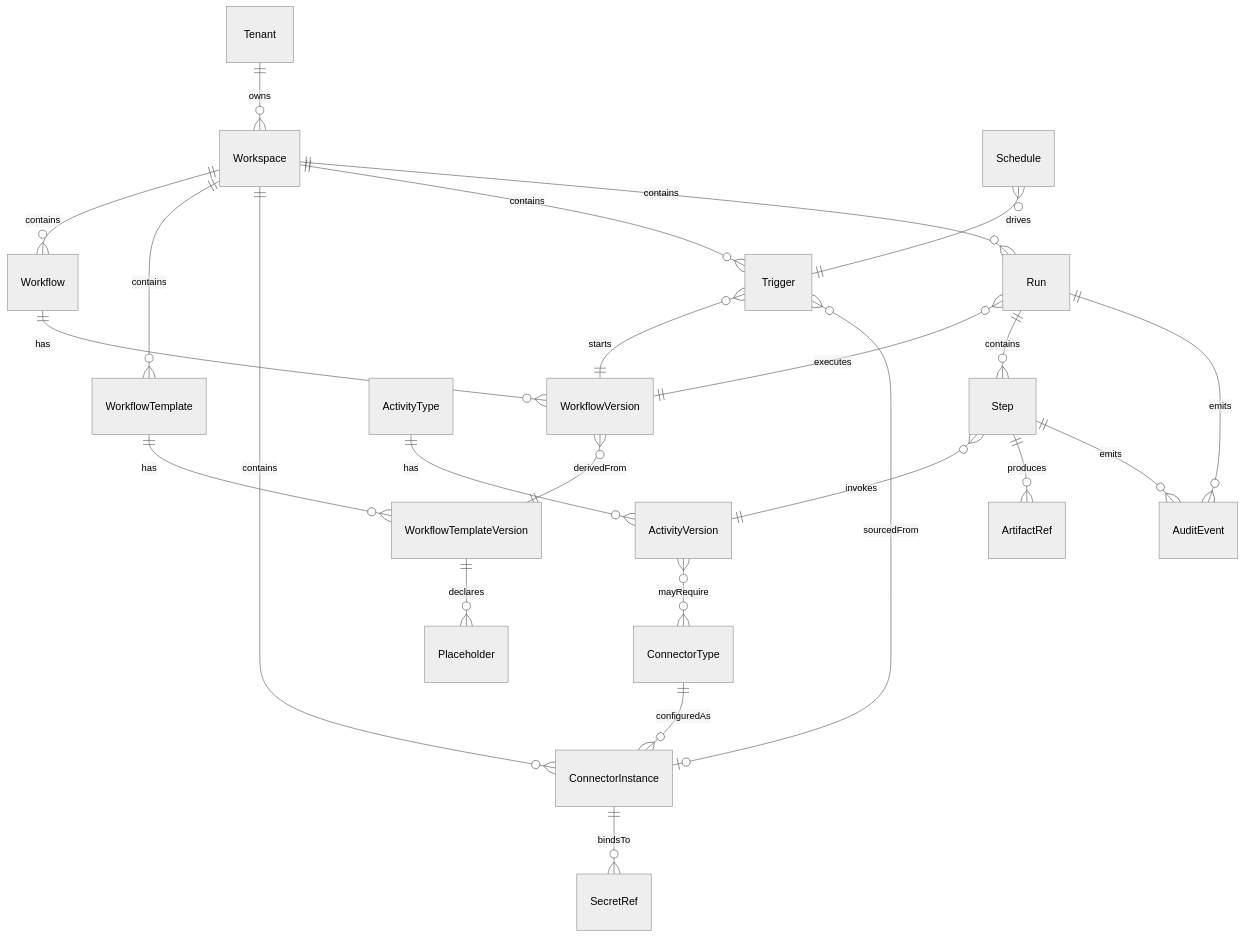
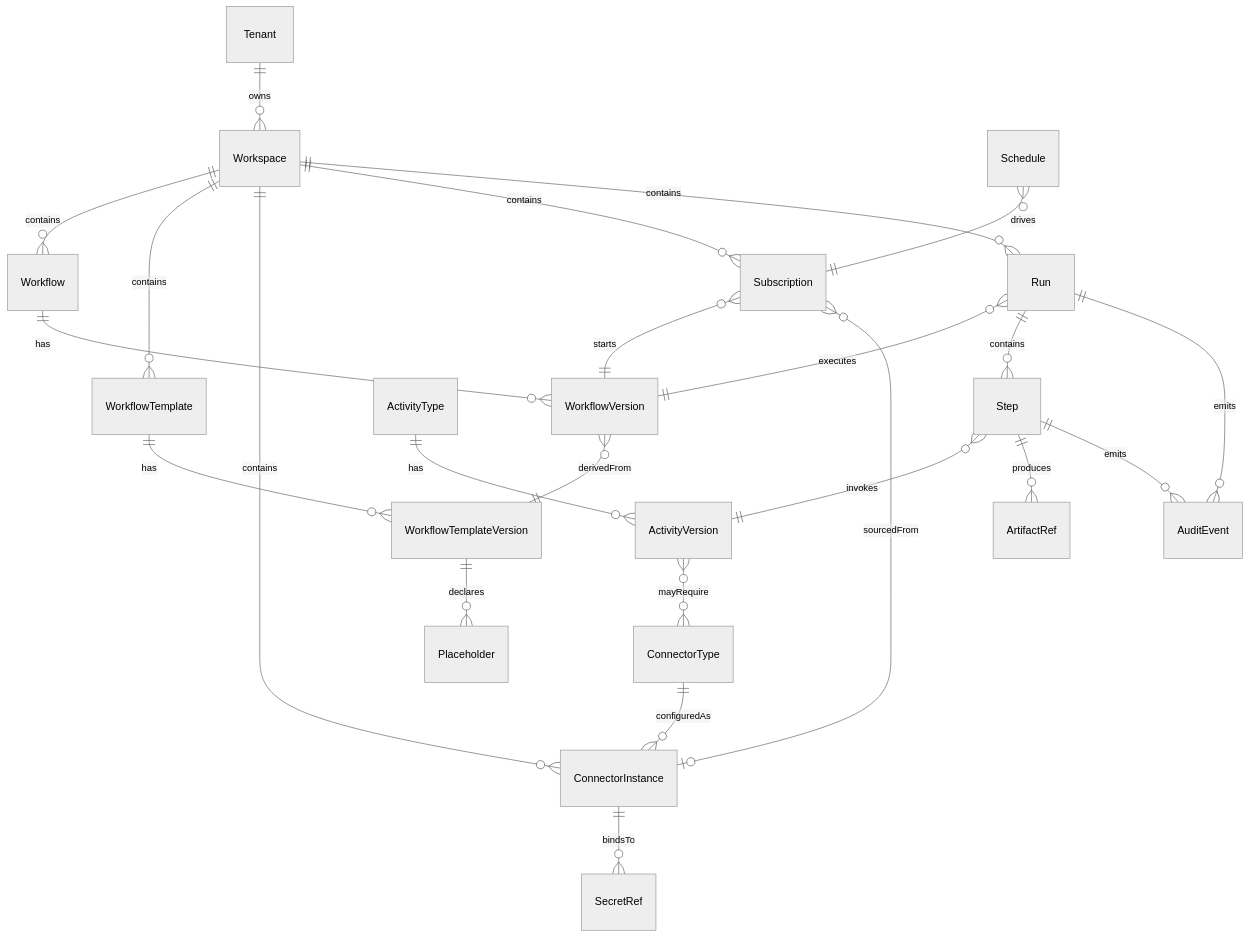
Before and after one commit to toddysm/custos: the second of 10 diagrams in design/architecture/overview.md, drawn with Mermaid (neutral theme). The commit also changed other lines of this file and 3 other files, not shown here.

First line of the commit message:
design(trigger-service+architecture): fix Bucket E doc drift (#86, #88)

````diff
--- a/design/architecture/overview.md
+++ b/design/architecture/overview.md
@@ -42,31 +42,31 @@
 ```mermaid
 erDiagram
     Tenant ||--o{ Workspace : owns
     Workspace ||--o{ Workflow : contains
     Workspace ||--o{ WorkflowTemplate : contains
     Workspace ||--o{ ConnectorInstance : contains
-    Workspace ||--o{ Trigger : contains
+    Workspace ||--o{ Subscription : contains
     Workspace ||--o{ Run : contains
 
     Workflow ||--o{ WorkflowVersion : has
     WorkflowTemplate ||--o{ WorkflowTemplateVersion : has
     WorkflowTemplateVersion ||--o{ Placeholder : declares
     WorkflowVersion }o--|| WorkflowTemplateVersion : derivedFrom
 
     ConnectorType ||--o{ ConnectorInstance : configuredAs
     ConnectorInstance ||--o{ SecretRef : bindsTo
 
     ActivityType ||--o{ ActivityVersion : has
     ActivityVersion }o--o{ ConnectorType : mayRequire
 
-    Trigger }o--|| WorkflowVersion : starts
-    Trigger }o--o| ConnectorInstance : sourcedFrom
-    Schedule }o--|| Trigger : drives
+    Subscription }o--|| WorkflowVersion : starts
+    Subscription }o--o| ConnectorInstance : sourcedFrom
+    Schedule }o--|| Subscription : drives
 
     Run }o--|| WorkflowVersion : executes
     Run ||--o{ Step : contains
     Step }o--|| ActivityVersion : invokes
     Step ||--o{ ArtifactRef : produces
     Step ||--o{ AuditEvent : emits
     Run ||--o{ AuditEvent : emits
 ```
````
